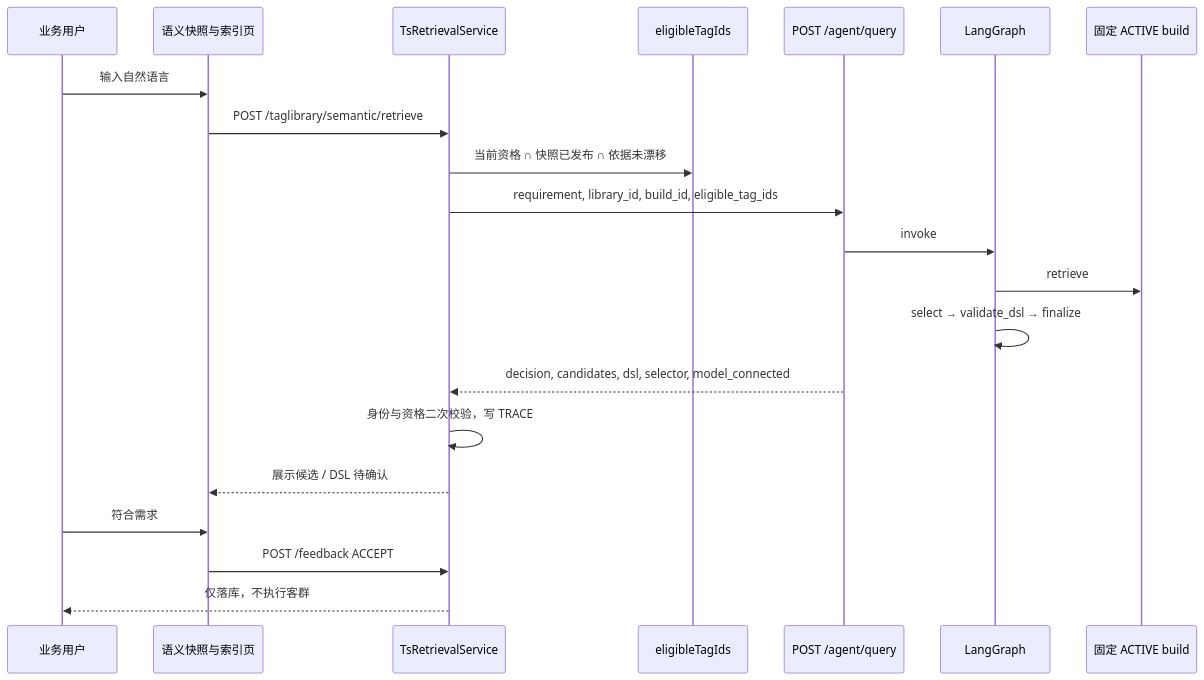
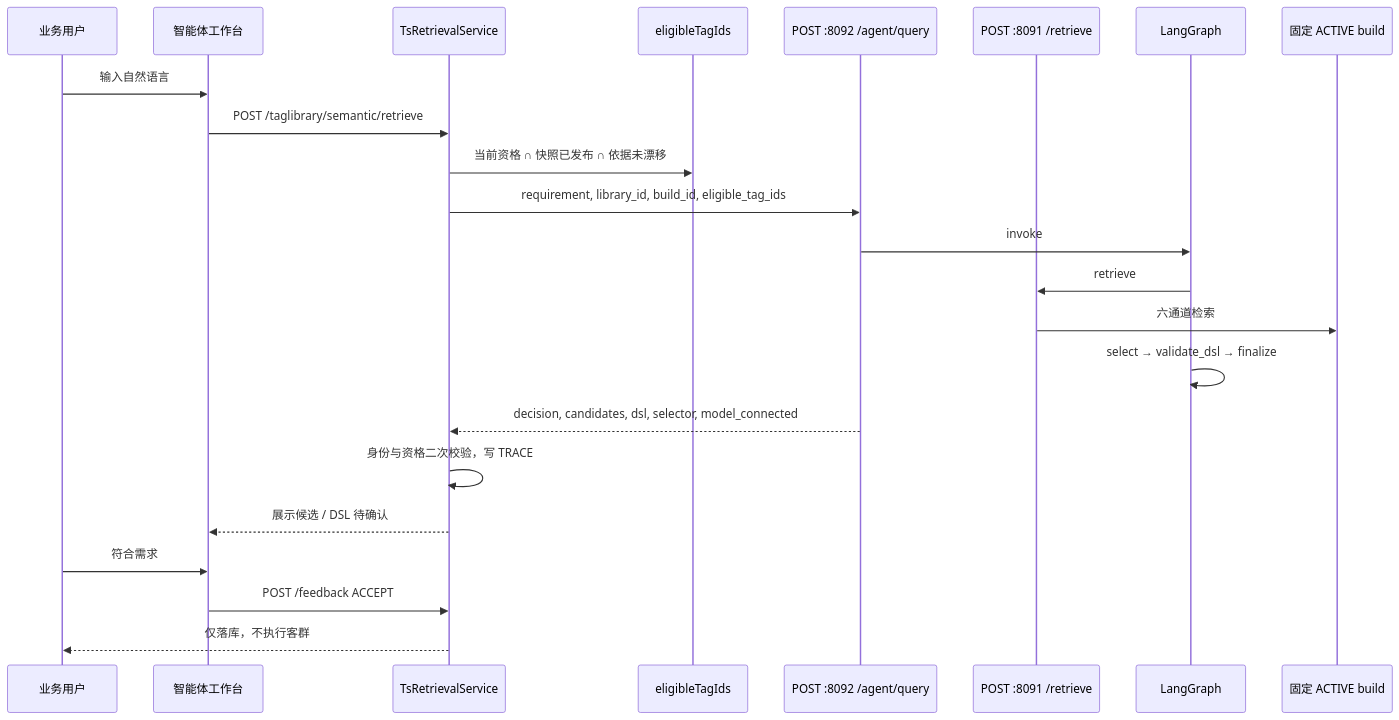
Before and after one commit to WeiZhenshan/tagpilot: the fourth of 4 diagrams in docs/architecture/标签语义引擎与Agent编排层.md, drawn with Mermaid. The commit also changed other lines of this file and 144 other files, not shown here.

````diff
--- a/docs/architecture/标签语义引擎与Agent编排层.md
+++ b/docs/architecture/标签语义引擎与Agent编排层.md
@@ -279,24 +285,26 @@
 ```mermaid
 sequenceDiagram
   participant U as 业务用户
-  participant Vue as 语义快照与索引页
+  participant Vue as 智能体工作台
   participant Java as TsRetrievalService
   participant Auth as eligibleTagIds
-  participant Py as POST /agent/query
+  participant Py as POST :8092 /agent/query
+  participant Sem as POST :8091 /retrieve
   participant G as LangGraph
   participant Idx as 固定 ACTIVE build
 
   U->>Vue: 输入自然语言
   Vue->>Java: POST /taglibrary/semantic/retrieve
   Java->>Auth: 当前资格 ∩ 快照已发布 ∩ 依据未漂移
   Java->>Py: requirement, library_id, build_id, eligible_tag_ids
   Py->>G: invoke
-  G->>Idx: retrieve
+  G->>Sem: retrieve
+  Sem->>Idx: 六通道检索
   G->>G: select → validate_dsl → finalize
   Py-->>Java: decision, candidates, dsl, selector, model_connected
   Java->>Java: 身份与资格二次校验，写 TRACE
   Java-->>Vue: 展示候选 / DSL 待确认
   U->>Vue: 符合需求
   Vue->>Java: POST /feedback ACCEPT
   Java-->>U: 仅落库，不执行客群
 ```
````
